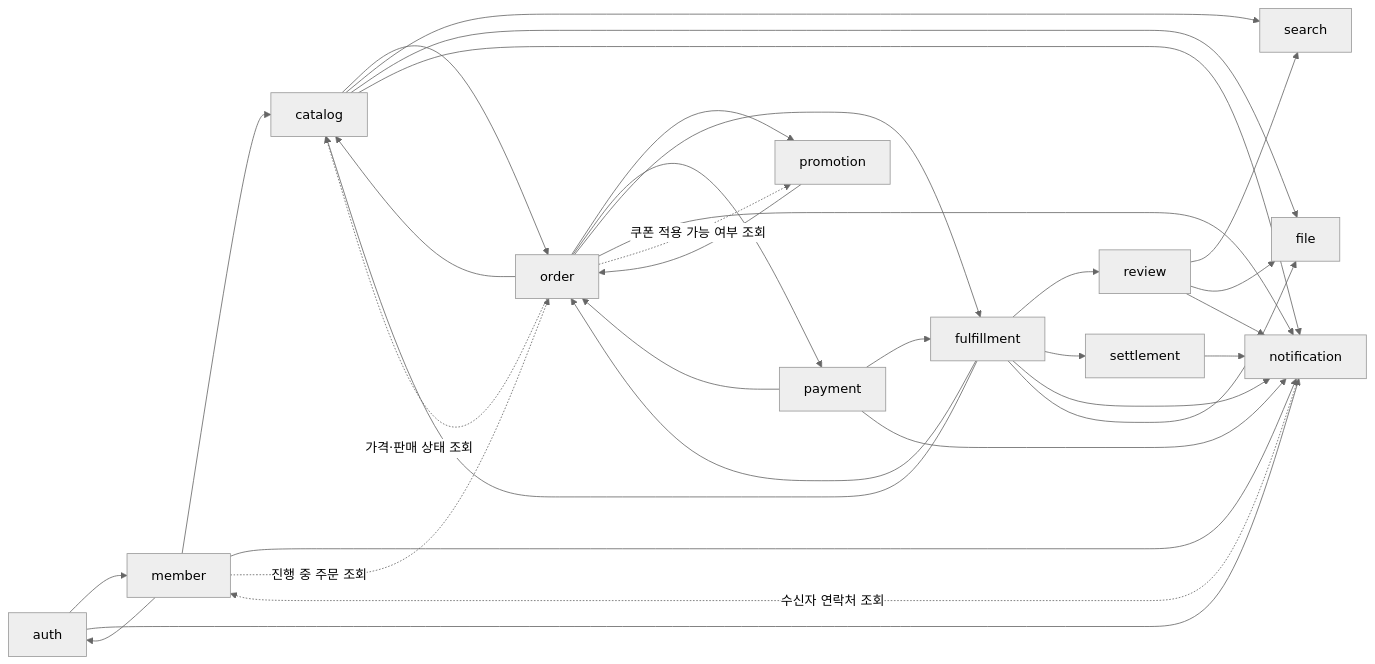
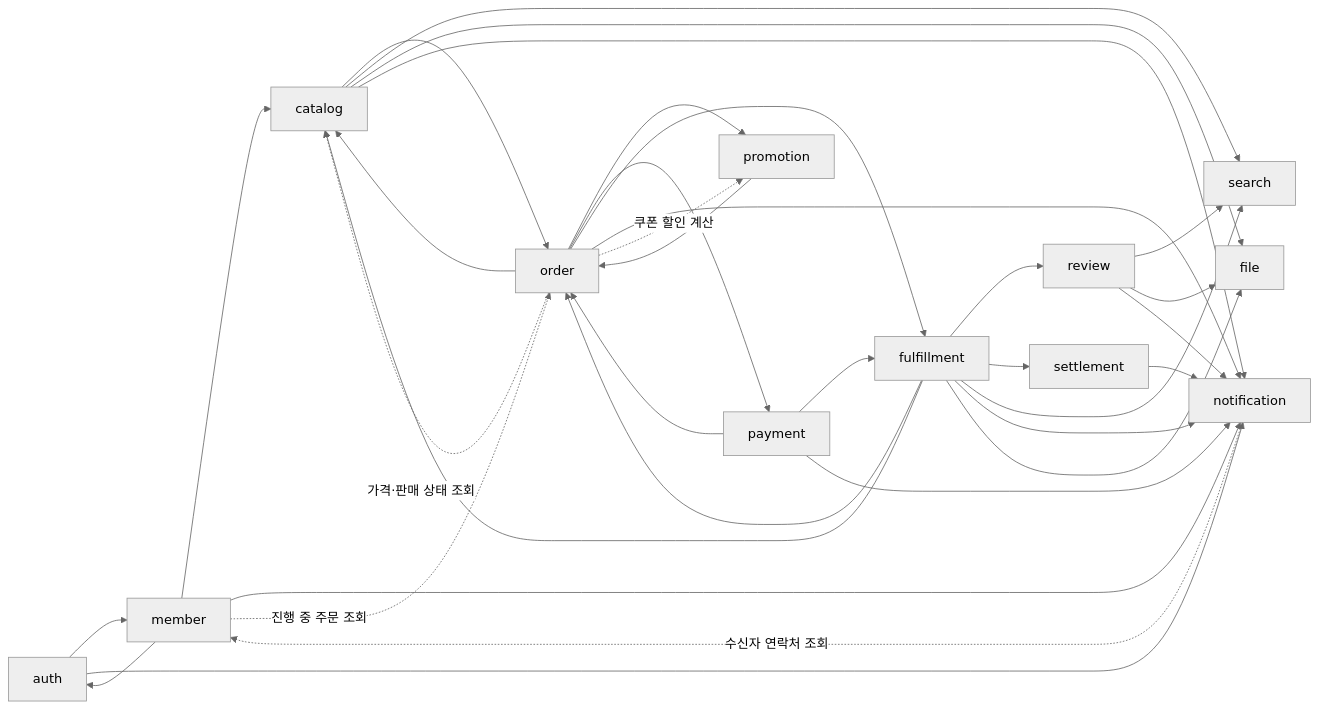
The diagram in docs/architecture/context-map.md (okabedev/open-market), drawn with Mermaid (neutral theme) before and after one commit. The commit also changed other lines of this file and 16 other files, not shown here.

````diff
--- a/docs/architecture/context-map.md
+++ b/docs/architecture/context-map.md
@@ -9,35 +9,36 @@
 ```mermaid
 flowchart LR
   auth --> member
   auth --> notification
   member --> auth
   member --> catalog
   catalog --> order
   catalog --> search
   catalog --> file
   order --> catalog
   order --> promotion
   order --> payment
   order --> fulfillment
   order --> notification
   promotion --> order
   payment --> order
   payment --> fulfillment
   fulfillment --> order
   fulfillment --> catalog
   fulfillment --> review
   fulfillment --> settlement
+  fulfillment --> search
   fulfillment --> notification
   fulfillment --> file
   review --> search
   review --> file
   settlement --> notification
   member --> notification
   catalog --> notification
   payment --> notification
   review --> notification
   order -. 가격·판매 상태 조회 .-> catalog
-  order -. 쿠폰 적용 가능 여부 조회 .-> promotion
+  order -. 쿠폰 할인 계산 .-> promotion
   member -. 진행 중 주문 조회 .-> order
   notification -. 수신자 연락처 조회 .-> member
 ```
````
